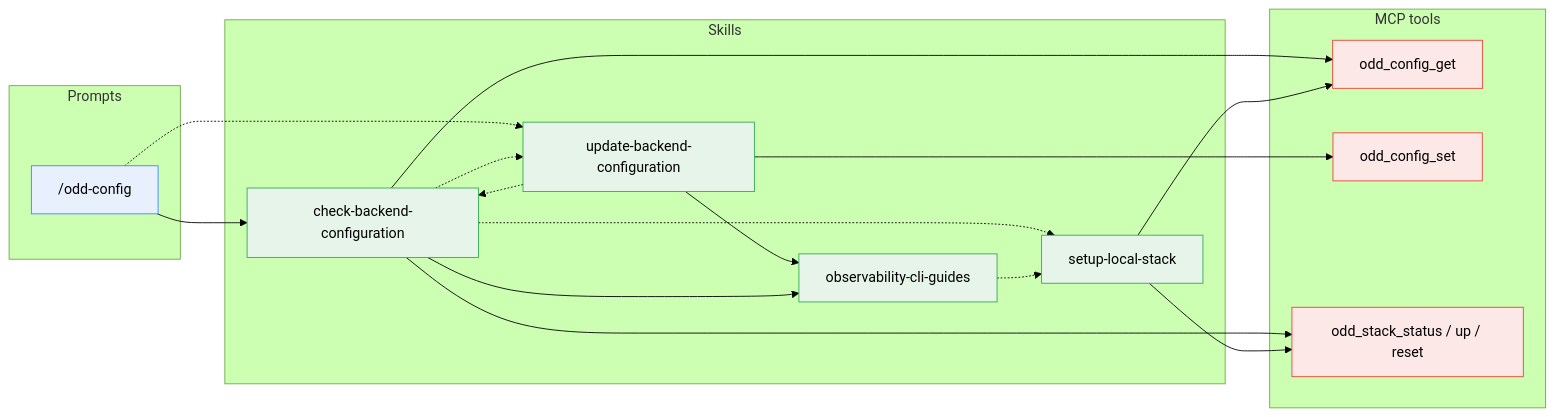
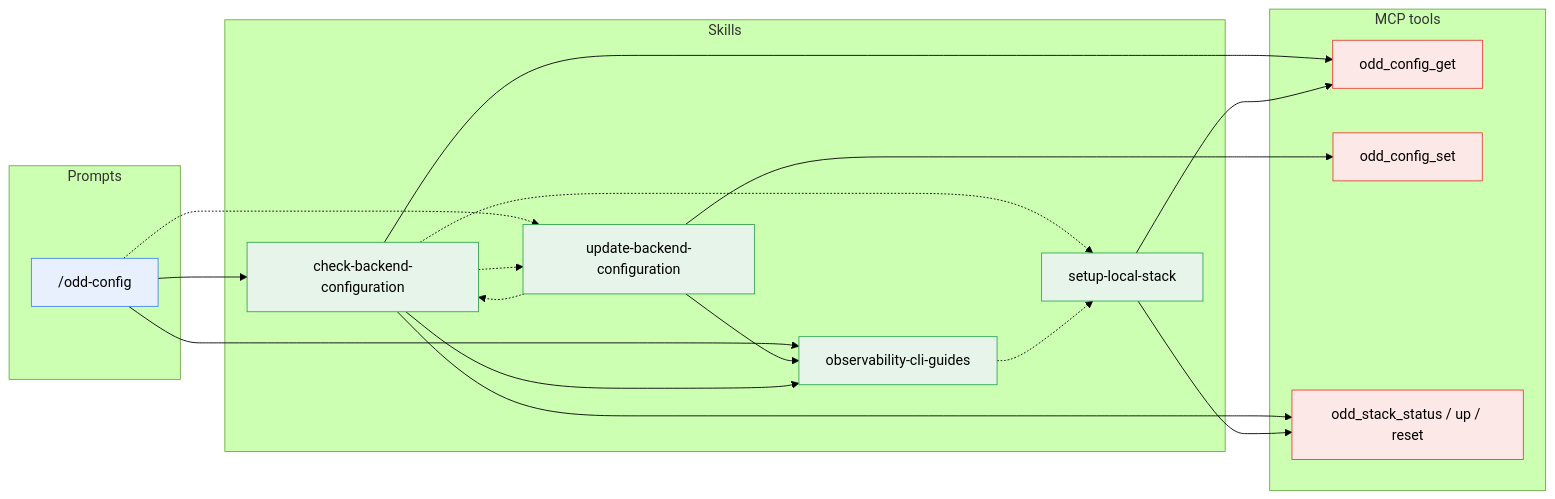
Before and after one commit to using-system/oddyssey: the sixth of 7 diagrams in docs/guide/dependencies.md, drawn with Mermaid (forest theme). The commit also changed other lines of this file and 34 other files, not shown here.

````diff
--- a/docs/guide/dependencies.md
+++ b/docs/guide/dependencies.md
@@ -405,42 +406,43 @@
 ```mermaid
 flowchart LR
   subgraph Prompts
     config["/odd-config"]
   end
 
   subgraph Skills
     cbc[check-backend-configuration]
     ubc[update-backend-configuration]
     ocg[observability-cli-guides]
     sls[setup-local-stack]
   end
 
   subgraph MCP["MCP tools"]
     cfgget[odd_config_get]
     cfgset[odd_config_set]
     stack[odd_stack_status / up / reset]
   end
 
   config --> cbc
   config -.-> ubc
+  config --> ocg
 
   ubc --> ocg
   ubc --> cfgset
   ubc -.-> cbc
 
   cbc -.-> sls
   cbc -.-> ubc
   cbc --> ocg
   cbc --> cfgget
   cbc --> stack
   ocg -.-> sls
   sls --> cfgget
   sls --> stack
 
   classDef prompt fill:#e8f0fe,stroke:#4285f4
   classDef skill fill:#e6f4ea,stroke:#34a853
   classDef mcp fill:#fce8e6,stroke:#ea4335
   class config prompt
   class cbc,ubc,ocg,sls skill
   class cfgget,cfgset,stack mcp
 ```
````
